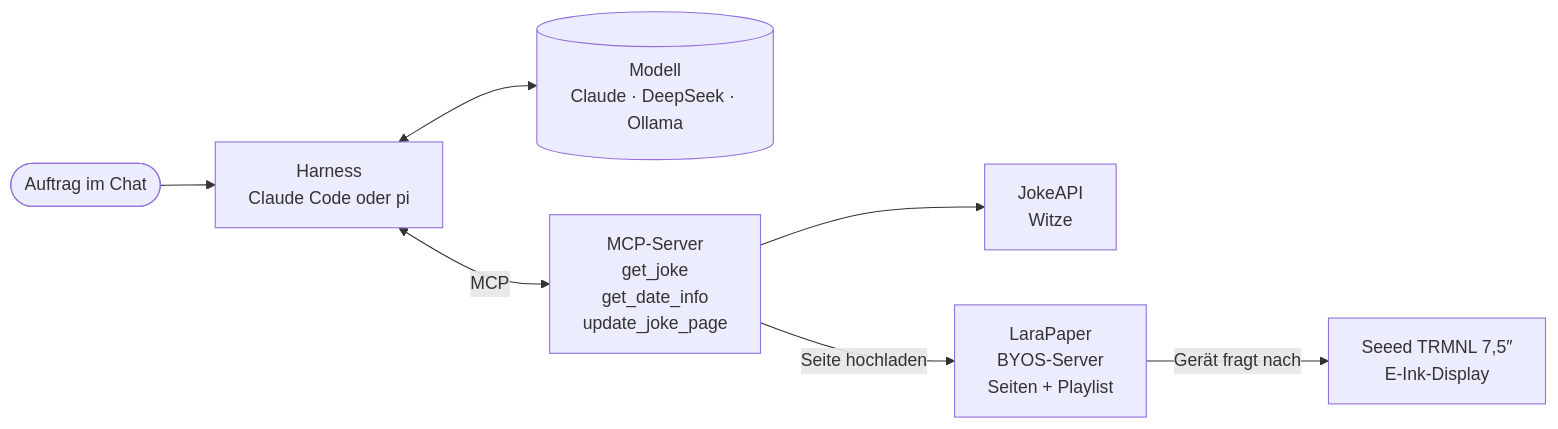
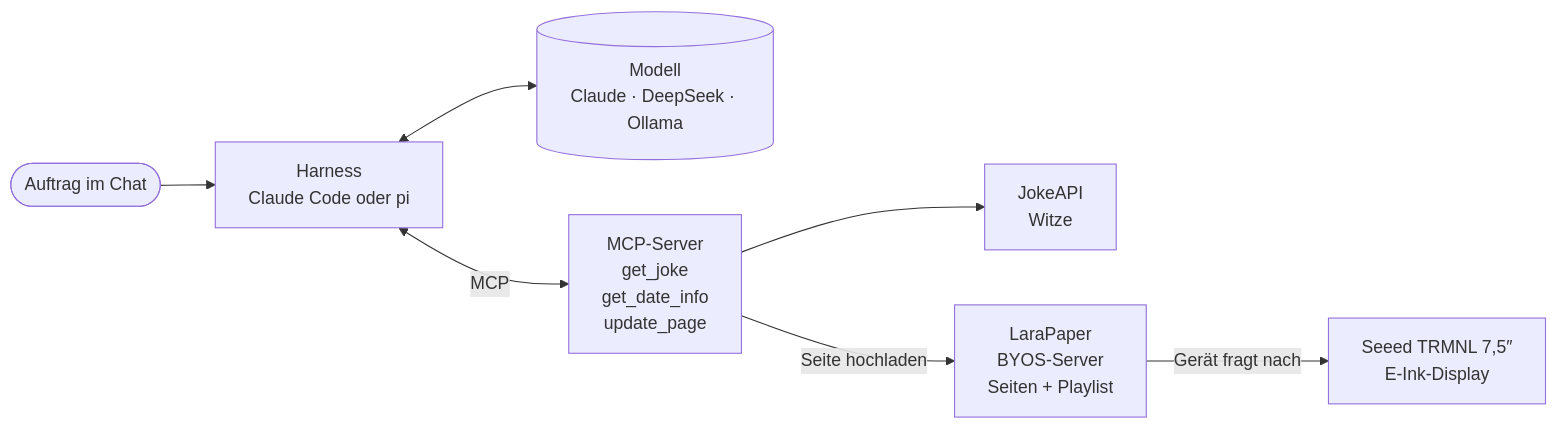
Before and after one commit to Stiriacus/TRMNL-MCP: the diagram in docs-guide/index.md, drawn with Mermaid. The commit also changed other lines of this file and 14 other files, not shown here.

````diff
--- a/docs-guide/index.md
+++ b/docs-guide/index.md
@@ -57,9 +57,9 @@
 ```mermaid
 flowchart LR
     U([Auftrag im Chat]) --> H[Harness<br/>Claude Code oder pi]
     H <--> M[(Modell<br/>Claude · DeepSeek · Ollama)]
-    H <-->|MCP| S[MCP-Server<br/>get_joke<br/>get_date_info<br/>update_joke_page]
+    H <-->|MCP| S[MCP-Server<br/>get_joke<br/>get_date_info<br/>update_page]
     S --> W[JokeAPI<br/>Witze]
     S -->|Seite hochladen| B[LaraPaper<br/>BYOS-Server<br/>Seiten + Playlist]
     B -->|Gerät fragt nach| D[Seeed TRMNL 7,5″<br/>E-Ink-Display]
 ```
````
